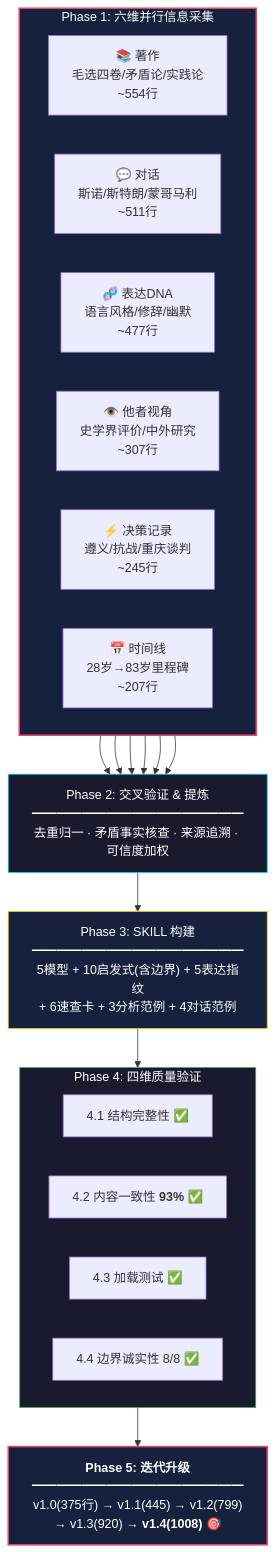
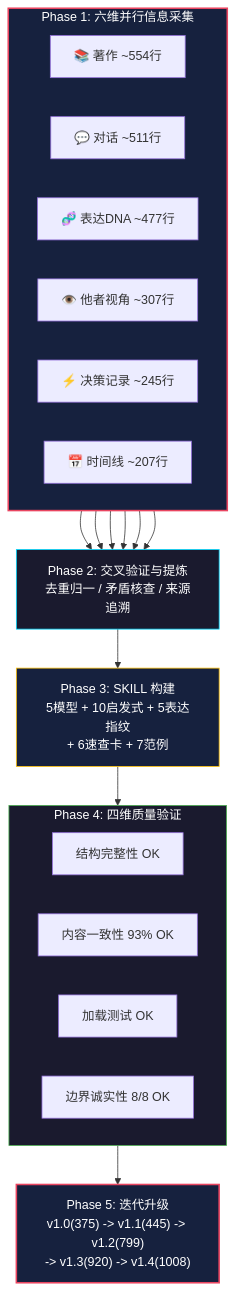
One commit to CochraneK/mao-skill changed the second of 4 diagrams in README.md. Above: the diagram before and after it, drawn with Mermaid. The commit also changed other lines of this file, not shown here.

First line of the commit message:
fix: 修复GitHub Mermaid渲染错误 - 移除中文引号/HTML标签/特殊字符

````diff
--- a/README.md
+++ b/README.md
@@ -109,33 +111,33 @@
 ```mermaid
 flowchart TB
     subgraph P1["Phase 1: 六维并行信息采集"]
         direction LR
-        D1["📚 著作<br/>毛选四卷/矛盾论/实践论<br/>~554行"]
-        D2["💬 对话<br/>斯诺/斯特朗/蒙哥马利<br/>~511行"]
-        D3["🧬 表达DNA<br/>语言风格/修辞/幽默<br/>~477行"]
-        D4["👁️ 他者视角<br/>史学界评价/中外研究<br/>~307行"]
-        D5["⚡ 决策记录<br/>遵义/抗战/重庆谈判<br/>~245行"]
-        D6["📅 时间线<br/>28岁→83岁里程碑<br/>~207行"]
+        D1["📚 著作 ~554行"]
+        D2["💬 对话 ~511行"]
+        D3["🧬 表达DNA ~477行"]
+        D4["👁️ 他者视角 ~307行"]
+        D5["⚡ 决策记录 ~245行"]
+        D6["📅 时间线 ~207行"]
     end
 
-    P2["Phase 2: 交叉验证 & 提炼<br/>━━━━━━━━━━━━━━━━━<br/>去重归一 · 矛盾事实核查 · 来源追溯 · 可信度加权"]
+    P2["Phase 2: 交叉验证与提炼<br/>去重归一 / 矛盾核查 / 来源追溯"]
 
-    P3["Phase 3: SKILL 构建<br/>━━━━━━━━━━━━━━━━━<br/>5模型 + 10启发式(含边界) + 5表达指纹<br/>+ 6速查卡 + 3分析范例 + 4对话范例"]
+    P3["Phase 3: SKILL 构建<br/>5模型 + 10启发式 + 5表达指纹<br/>+ 6速查卡 + 7范例"]
 
     subgraph P4["Phase 4: 四维质量验证"]
-        Q1["4.1 结构完整性 ✅"]
-        Q2["4.2 内容一致性 <b>93%</b> ✅"]
-        Q3["4.3 加载测试 ✅"]
-        Q4["4.4 边界诚实性 8/8 ✅"]
+        Q1["结构完整性 OK"]
+        Q2["内容一致性 93% OK"]
+        Q3["加载测试 OK"]
+        Q4["边界诚实性 8/8 OK"]
     end
 
-    P5["<b>Phase 5: 迭代升级</b><br/>━━━━━━━━━━━━━━━━━<br/>v1.0(375行) → v1.1(445) → v1.2(799)<br/>→ v1.3(920) → <b>v1.4(1008)</b> 🎯"]
+    P5["Phase 5: 迭代升级<br/>v1.0(375) -> v1.1(445) -> v1.2(799)<br/>-> v1.3(920) -> v1.4(1008)"]
 
     D1 & D2 & D3 & D4 & D5 & D6 --> P2 --> P3 --> P4 --> P5
 
     style P1 fill:#16213e,stroke:#e94560,color:#fff,stroke-width:2px
     style P2 fill:#1a1a2e,stroke:#00d9ff,color:#fff
     style P3 fill:#16213e,stroke:#ffc107,color:#fff
     style P4 fill:#1a1a2e,stroke:#4caf50,color:#fff
     style P5 fill:#16213e,stroke:#e94560,color:#fff,stroke-width:2px
 ```
````
